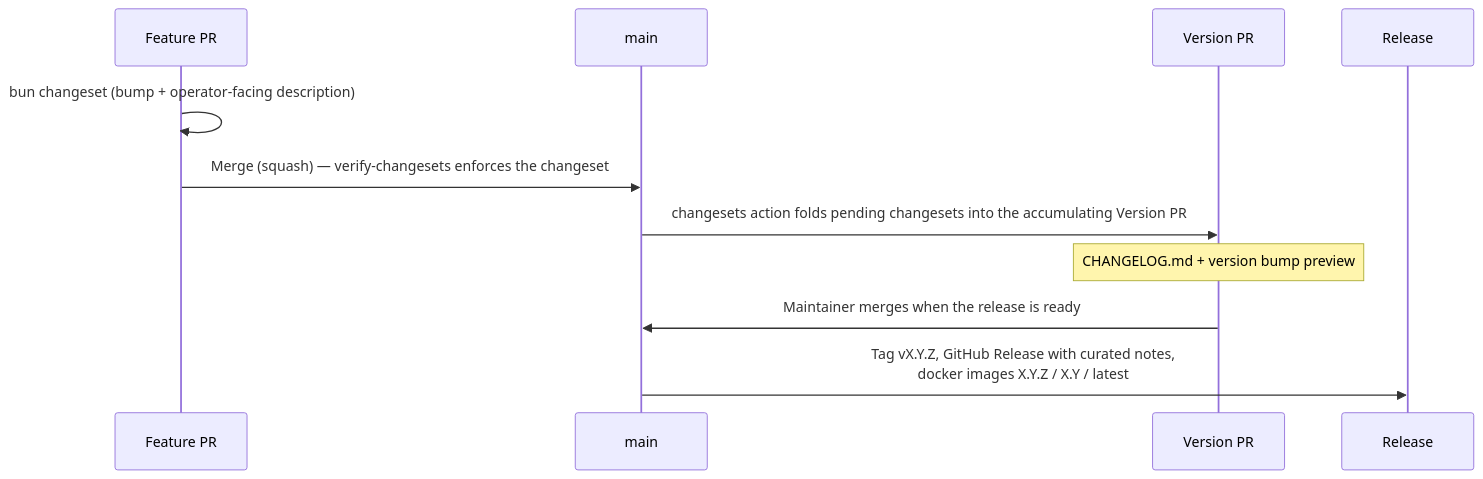
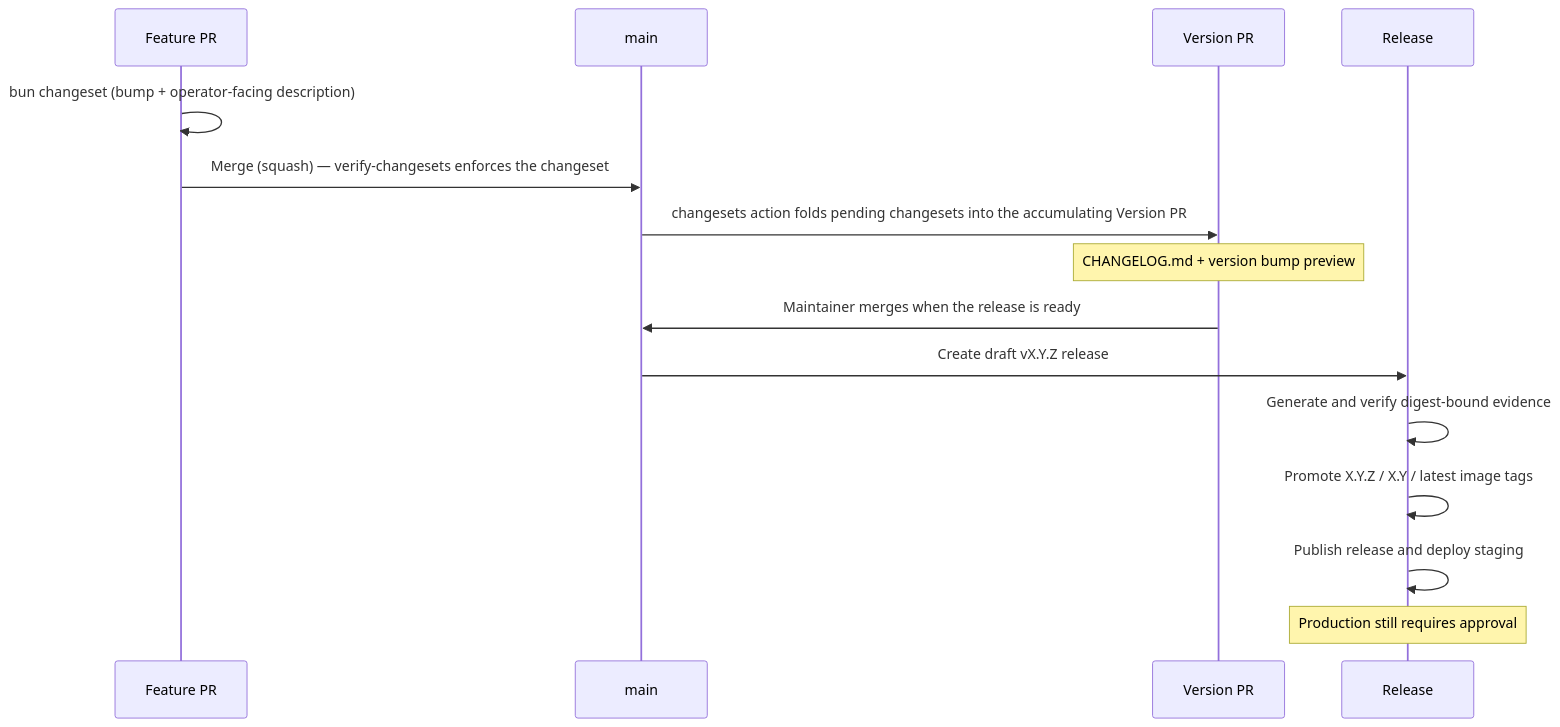
One commit to ls1intum/Hephaestus changed the diagram in docs/contributor/release-management.mdx. Above: the diagram before and after it, drawn with Mermaid. The commit also changed other lines of this file and 18 other files, not shown here.

Commit message:
feat(release): enforce supply-chain evidence

````diff
--- a/docs/contributor/release-management.mdx
+++ b/docs/contributor/release-management.mdx
@@ -21,16 +21,20 @@
 ```mermaid
 sequenceDiagram
     accTitle: Changesets release workflow
     accDescr: Feature pull requests add changesets, the version pull request consumes them, and merging the version pull request publishes the release.
     participant PR as Feature PR
     participant M as main
     participant VP as Version PR
     participant R as Release
 
     PR->>PR: bun changeset (bump + operator-facing description)
     PR->>M: Merge (squash) — verify-changesets enforces the changeset
     M->>VP: changesets action folds pending changesets into the accumulating Version PR
     Note over VP: CHANGELOG.md + version bump preview
     VP->>M: Maintainer merges when the release is ready
-    M->>R: Tag vX.Y.Z, GitHub Release with curated notes,<br/>docker images X.Y.Z / X.Y / latest
+    M->>R: Create draft vX.Y.Z release
+    R->>R: Generate and verify digest-bound evidence
+    R->>R: Promote X.Y.Z / X.Y / latest image tags
+    R->>R: Publish release and deploy staging
+    Note over R: Production still requires approval
 ```
````
